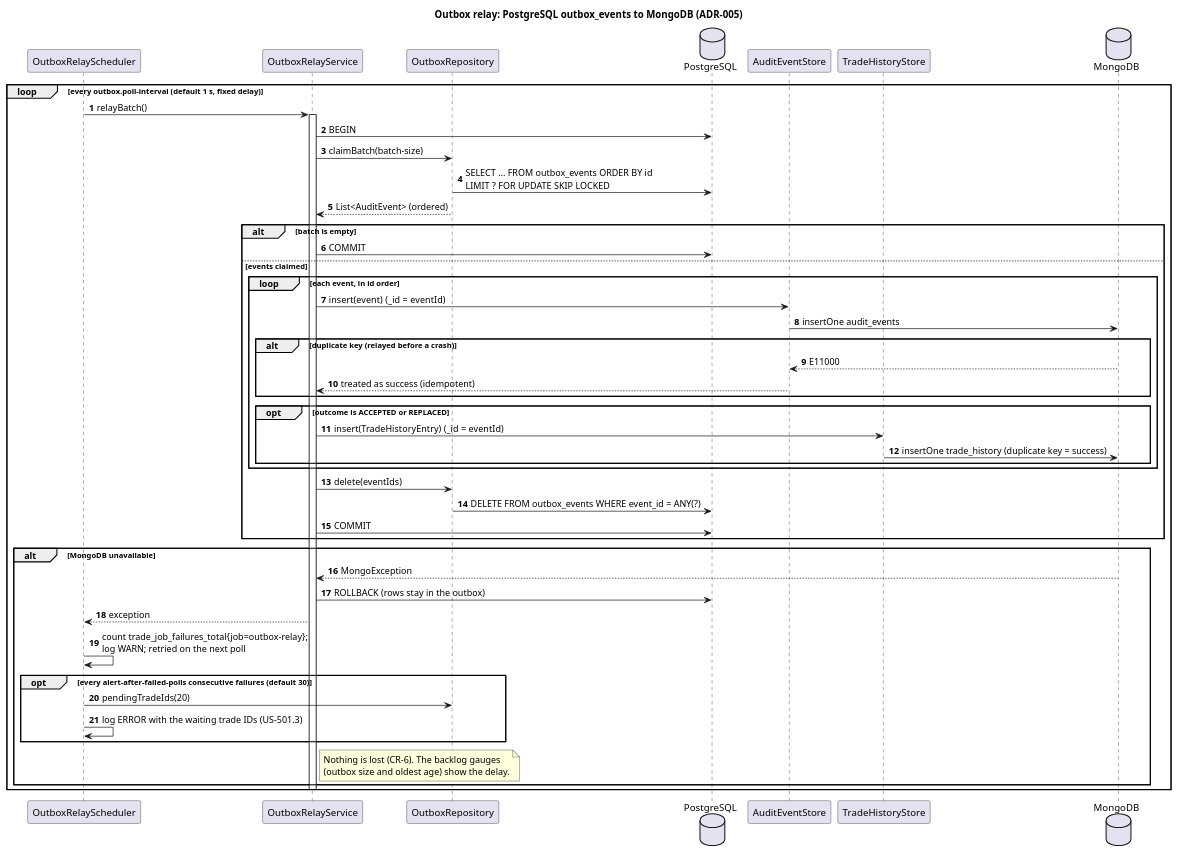
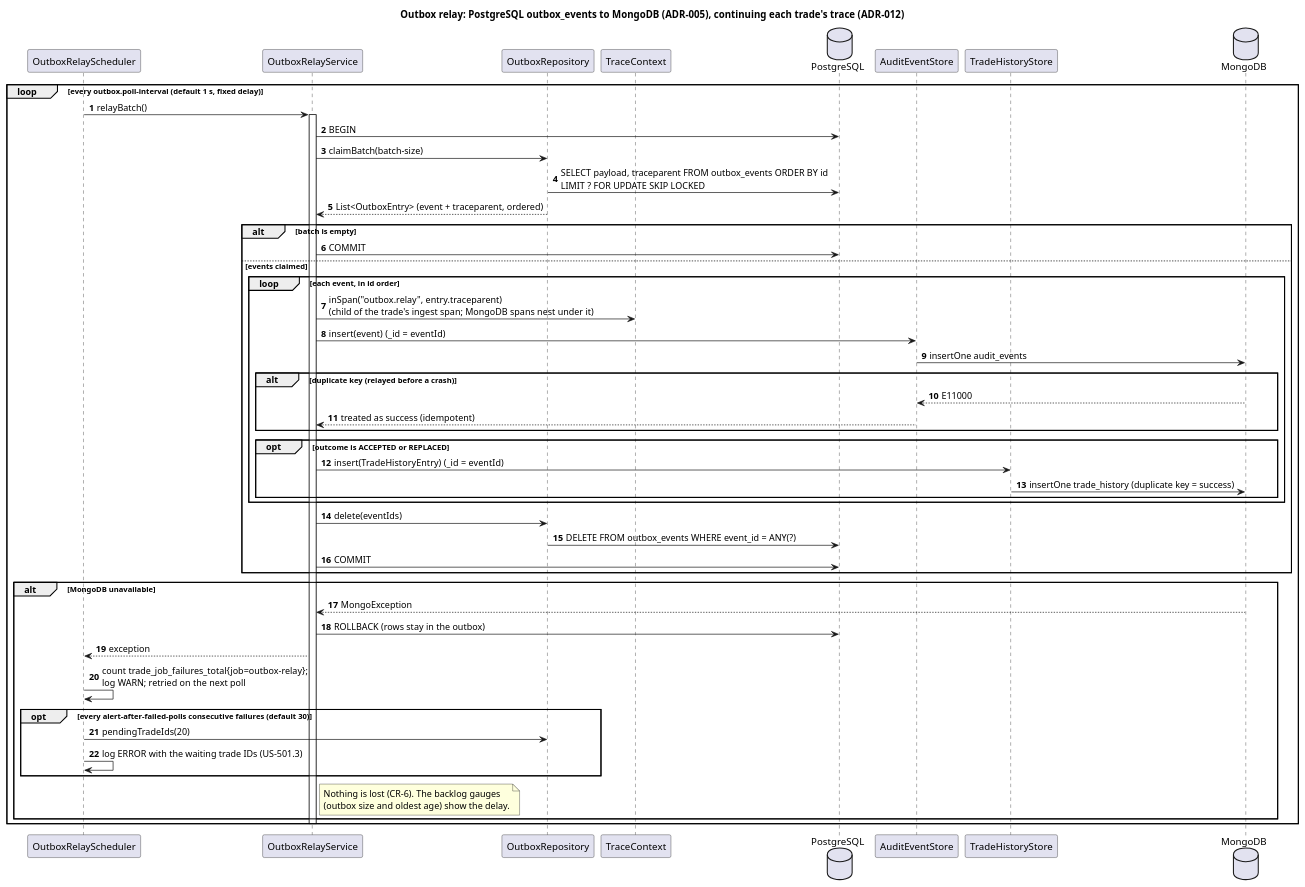
Before and after one commit to kuldipkumar/Trade-store: the diagram in docs/diagrams/05-seq-outbox-relay.puml, drawn with PlantUML. The commit also changed 13 other files, not shown here.

First line of the commit message:
fix: A-46 rejections close their span cleanly; no traces for scrapes, probes or idle relay polls; logs panel uses the level metadata; review nits

```diff
--- a/docs/diagrams/05-seq-outbox-relay.puml
+++ b/docs/diagrams/05-seq-outbox-relay.puml
@@ -1,58 +1,60 @@
 @startuml 05-seq-outbox-relay
-title Outbox relay: PostgreSQL outbox_events to MongoDB (ADR-005)
+title Outbox relay: PostgreSQL outbox_events to MongoDB (ADR-005), continuing each trade's trace (ADR-012)
 
 autonumber
 participant OutboxRelayScheduler
 participant OutboxRelayService
 participant OutboxRepository
+participant TraceContext
 database PostgreSQL
 participant AuditEventStore
 participant TradeHistoryStore
 database MongoDB
 
 loop every outbox.poll-interval (default 1 s, fixed delay)
   OutboxRelayScheduler -> OutboxRelayService : relayBatch()
   activate OutboxRelayService
   OutboxRelayService -> PostgreSQL : BEGIN
   OutboxRelayService -> OutboxRepository : claimBatch(batch-size)
-  OutboxRepository -> PostgreSQL : SELECT ... FROM outbox_events ORDER BY id\nLIMIT ? FOR UPDATE SKIP LOCKED
-  OutboxRepository --> OutboxRelayService : List<AuditEvent> (ordered)
+  OutboxRepository -> PostgreSQL : SELECT payload, traceparent FROM outbox_events ORDER BY id\nLIMIT ? FOR UPDATE SKIP LOCKED
+  OutboxRepository --> OutboxRelayService : List<OutboxEntry> (event + traceparent, ordered)
 
   alt batch is empty
     OutboxRelayService -> PostgreSQL : COMMIT
   else events claimed
     loop each event, in id order
+      OutboxRelayService -> TraceContext : inSpan("outbox.relay", entry.traceparent)\n(child of the trade's ingest span; MongoDB spans nest under it)
       OutboxRelayService -> AuditEventStore : insert(event)  (_id = eventId)
       AuditEventStore -> MongoDB : insertOne audit_events
       alt duplicate key (relayed before a crash)
         MongoDB --> AuditEventStore : E11000
         AuditEventStore --> OutboxRelayService : treated as success (idempotent)
       end
       opt outcome is ACCEPTED or REPLACED
         OutboxRelayService -> TradeHistoryStore : insert(TradeHistoryEntry)  (_id = eventId)
         TradeHistoryStore -> MongoDB : insertOne trade_history (duplicate key = success)
       end
     end
     OutboxRelayService -> OutboxRepository : delete(eventIds)
     OutboxRepository -> PostgreSQL : DELETE FROM outbox_events WHERE event_id = ANY(?)
     OutboxRelayService -> PostgreSQL : COMMIT
   end
 
   alt MongoDB unavailable
     MongoDB --> OutboxRelayService : MongoException
     OutboxRelayService -> PostgreSQL : ROLLBACK (rows stay in the outbox)
     OutboxRelayService --> OutboxRelayScheduler : exception
     OutboxRelayScheduler -> OutboxRelayScheduler : count trade_job_failures_total{job=outbox-relay};\nlog WARN; retried on the next poll
     opt every alert-after-failed-polls consecutive failures (default 30)
       OutboxRelayScheduler -> OutboxRepository : pendingTradeIds(20)
       OutboxRelayScheduler -> OutboxRelayScheduler : log ERROR with the waiting trade IDs (US-501.3)
     end
     note right of OutboxRelayService
       Nothing is lost (CR-6). The backlog gauges
       (outbox size and oldest age) show the delay.
     end note
   end
   deactivate OutboxRelayService
 end
 
 @enduml
```
